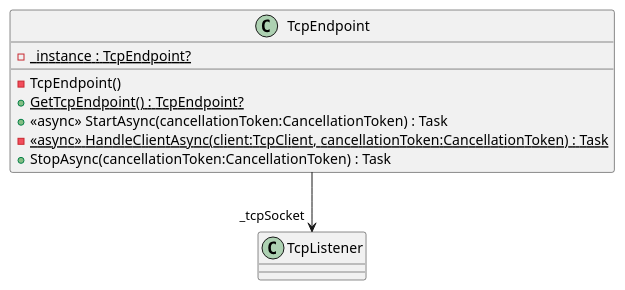
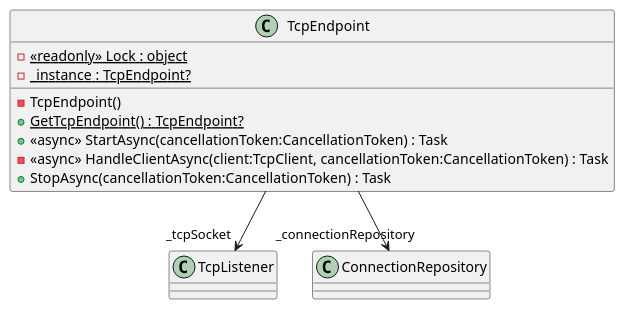
One commit to luca-weinert/chatApp changed the diagram in chatApp.Server/puml/Services/TcpEndpointService/TcpEndpoint.puml. Above: the diagram before and after it, drawn with PlantUML. The commit also changed 49 other files, not shown here.

Commit message:
feat: introduce uml class diagrams

```diff
--- a/chatApp.Server/puml/Services/TcpEndpointService/TcpEndpoint.puml
+++ b/chatApp.Server/puml/Services/TcpEndpointService/TcpEndpoint.puml
@@ -1,11 +1,13 @@
 @startuml
 class TcpEndpoint {
+    - {static} <<readonly>> Lock : object
     - {static} _instance : TcpEndpoint?
     - TcpEndpoint()
     + {static} GetTcpEndpoint() : TcpEndpoint?
     + <<async>> StartAsync(cancellationToken:CancellationToken) : Task
-    - {static} <<async>> HandleClientAsync(client:TcpClient, cancellationToken:CancellationToken) : Task
+    - <<async>> HandleClientAsync(client:TcpClient, cancellationToken:CancellationToken) : Task
     + StopAsync(cancellationToken:CancellationToken) : Task
 }
 TcpEndpoint --> "_tcpSocket" TcpListener
+TcpEndpoint --> "_connectionRepository" ConnectionRepository
 @enduml
```
